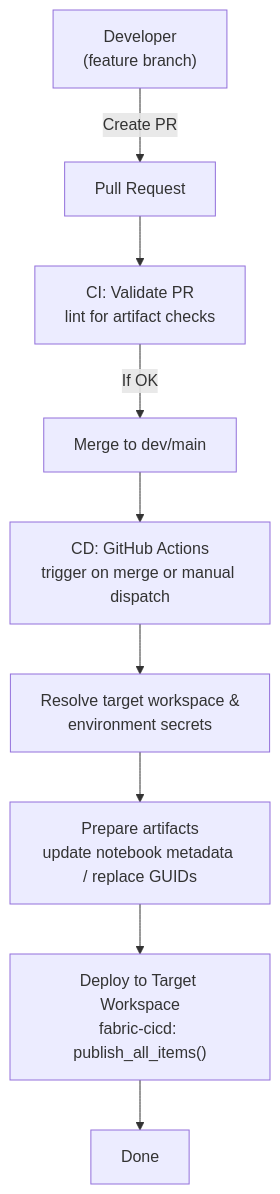
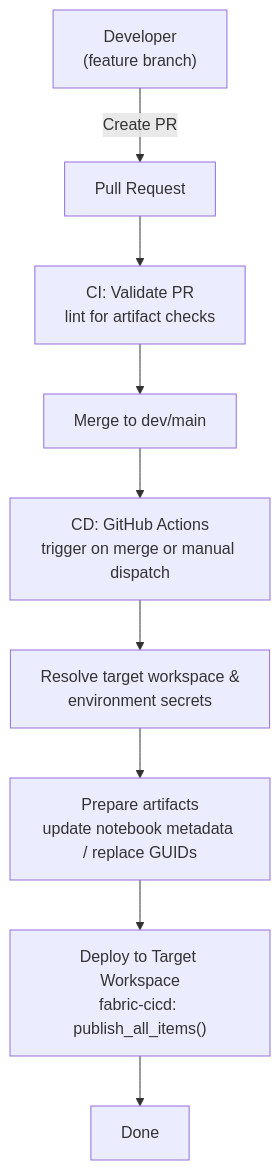
The diagram in cicd/diagrams/fabric-cicd.mermaid (anhtnt90dev/rookies-data-dn-2026), drawn with Mermaid before and after one commit.

Commit message:
doc: update step in pipeline document

```diff
--- a/cicd/diagrams/fabric-cicd.mermaid
+++ b/cicd/diagrams/fabric-cicd.mermaid
@@ -1,9 +1,9 @@
 flowchart TD
   A["Developer<br>(feature branch)"] -->|Create PR| B["Pull Request"]
   B --> C["CI: Validate PR<br>lint for artifact checks"]
-  C -->|If OK| D["Merge to dev/main"]
+  C --> D["Merge to dev/main"]
   D --> E["CD: GitHub Actions<br>trigger on merge or manual dispatch"]
   E --> F["Resolve target workspace &<br>environment secrets"]
   F --> G["Prepare artifacts<br>update notebook metadata / replace GUIDs"]
   G --> H["Deploy to Target Workspace<br>fabric-cicd: publish_all_items()"]
   H --> N["Done"]
```
